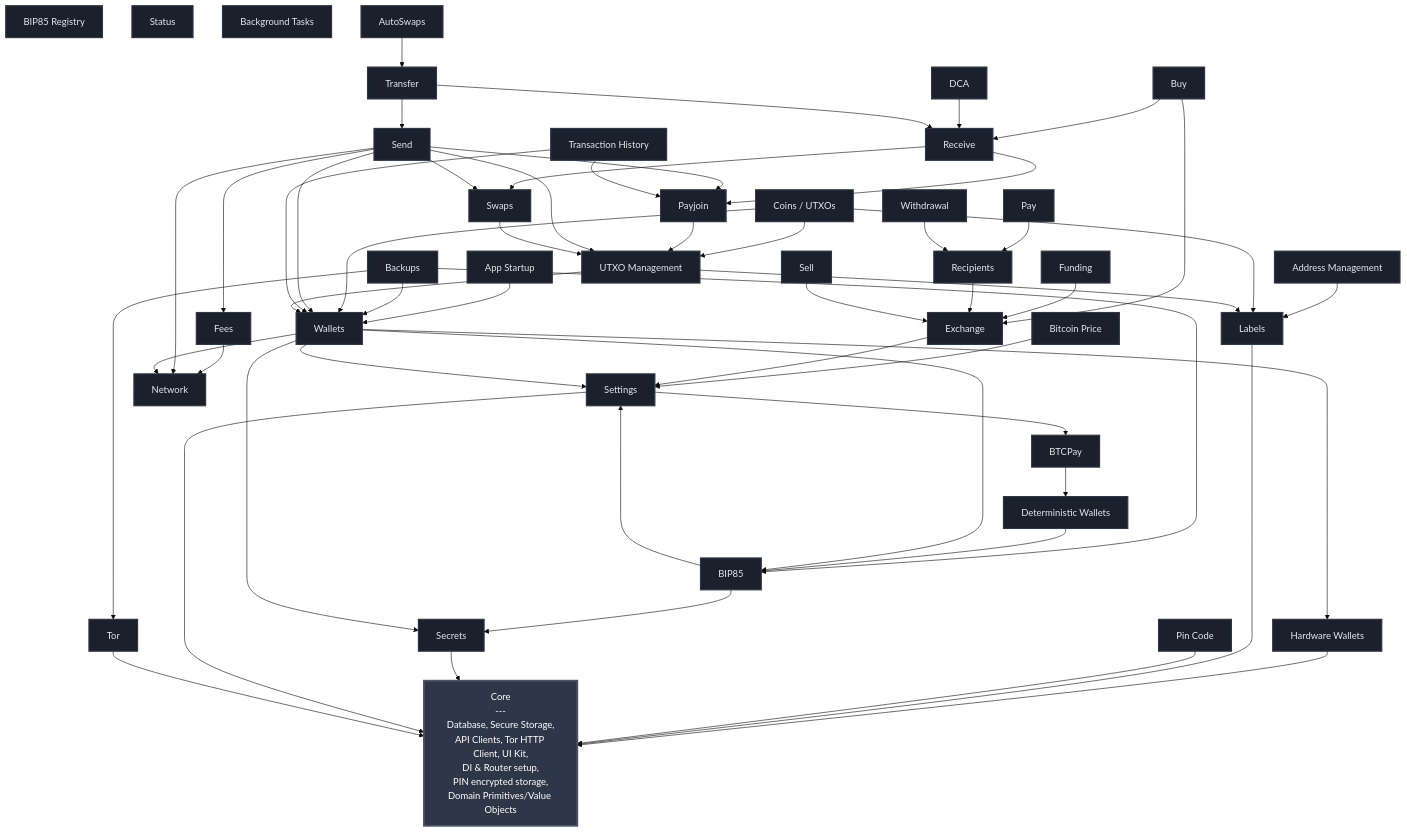
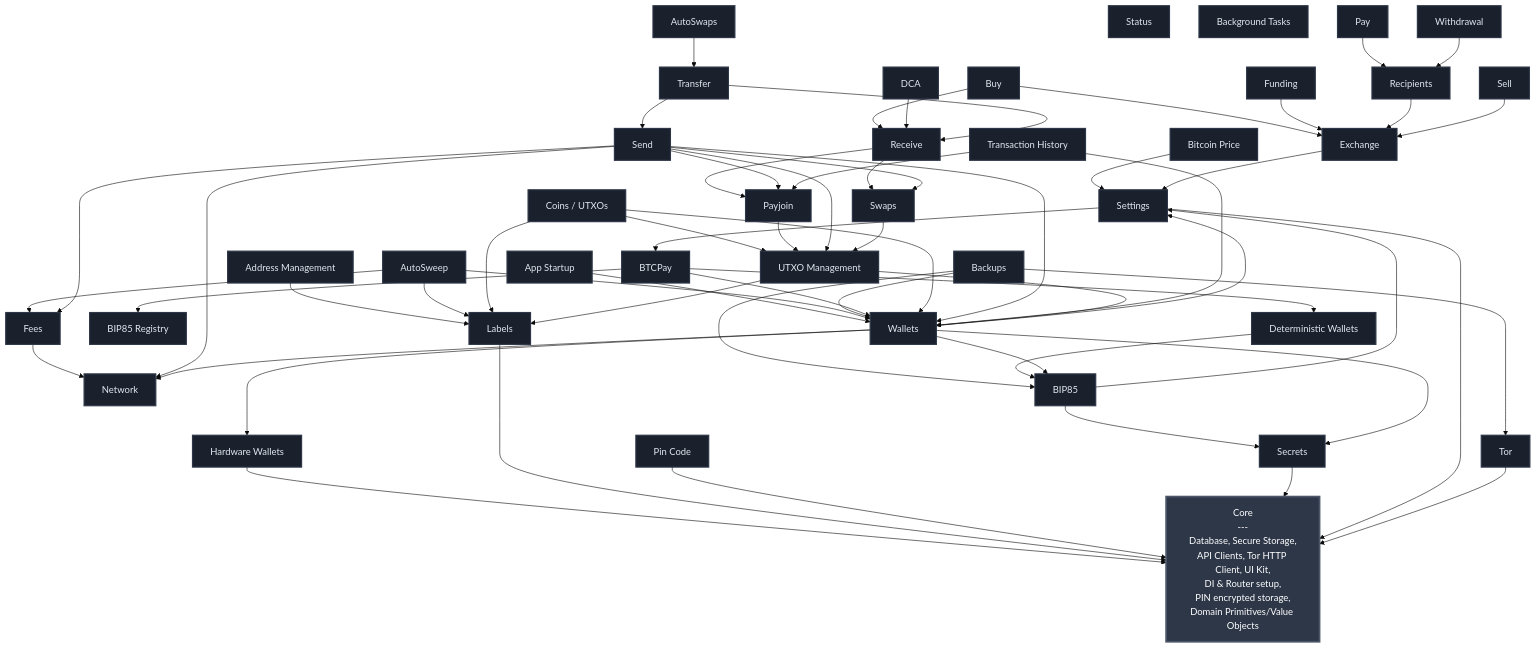
Before and after one commit to BullishNode/bullbitcoin-mobile: the diagram in FEATURES.md, drawn with Mermaid (base theme). The commit also changed 38 other files, not shown here.

Commit message:
feat(btcpay): wire registry wallets and autosweep settings

````diff
--- a/FEATURES.md
+++ b/FEATURES.md
@@ -43,6 +43,7 @@
     TX_HISTORY[Transaction History]
     BG_TASKS[Background Tasks]
     AUTOSWAPS[AutoSwaps]
+    AUTOSWEEP[AutoSweep]
     DCA[DCA]
     SELL[Sell]
     PAY[Pay]
@@ -56,13 +57,18 @@
     ADDRESS_MGMT --> LABELS
     APP_STARTUP --> WALLETS
     AUTOSWAPS --> TRANSFER
+    AUTOSWEEP --> FEES
+    AUTOSWEEP --> LABELS
+    AUTOSWEEP --> WALLETS
     BIP85 --> SECRETS
     BIP85 --> SETTINGS
     BACKUPS --> BIP85
     BACKUPS --> TOR
     BACKUPS --> WALLETS
     BTC_PRICE --> SETTINGS
+    BTCPAY --> BIP85_REGISTRY
     BTCPAY --> DETERMINISTIC_WALLETS
+    BTCPAY --> WALLETS
     DETERMINISTIC_WALLETS --> BIP85
     BUY --> EXCHANGE
     BUY --> RECEIVE
@@ -112,4 +118,5 @@
 
     class CORE coreStyle
     class SETTINGS,TOR,PIN_CODE,LABELS,SECRETS,HW_WALLETS,BTC_PRICE,BTCPAY,BIP85_REGISTRY,DETERMINISTIC_WALLETS,NETWORK,BIP85,FEES,WALLETS,EXCHANGE,APP_STARTUP,UTXO_MGMT,ADDRESS_MGMT,RECIPIENTS,FUNDING,BACKUPS,SWAPS,PAYJOIN,WITHDRAWAL,STATUS,SEND,RECEIVE,TRANSFER,TX_HISTORY,BG_TASKS,AUTOSWAPS,DCA,SELL,PAY,BUY,COINS featureStyle
+    class SETTINGS,TOR,PIN_CODE,LABELS,SECRETS,HW_WALLETS,BTC_PRICE,BTCPAY,BIP85_REGISTRY,DETERMINISTIC_WALLETS,NETWORK,BIP85,FEES,WALLETS,EXCHANGE,APP_STARTUP,UTXO_MGMT,ADDRESS_MGMT,RECIPIENTS,FUNDING,BACKUPS,SWAPS,PAYJOIN,WITHDRAWAL,STATUS,SEND,RECEIVE,TRANSFER,TX_HISTORY,BG_TASKS,AUTOSWAPS,AUTOSWEEP,DCA,SELL,PAY,BUY featureStyle
 ```
````
